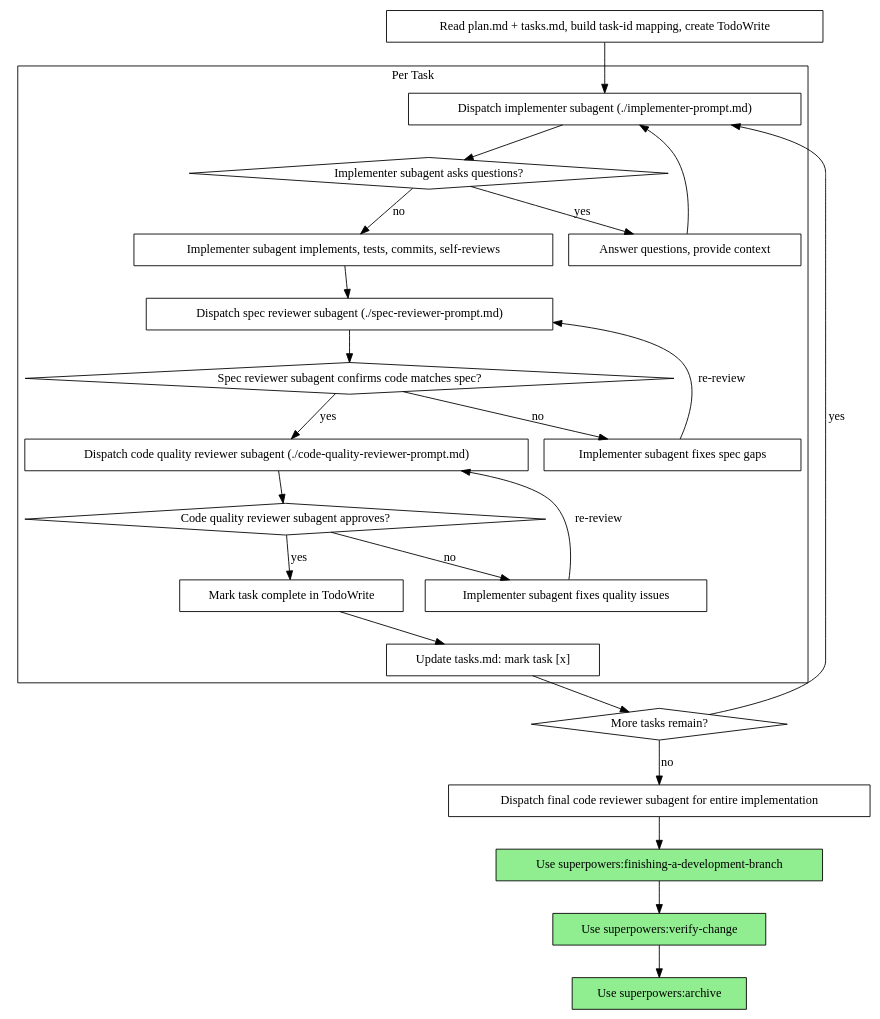
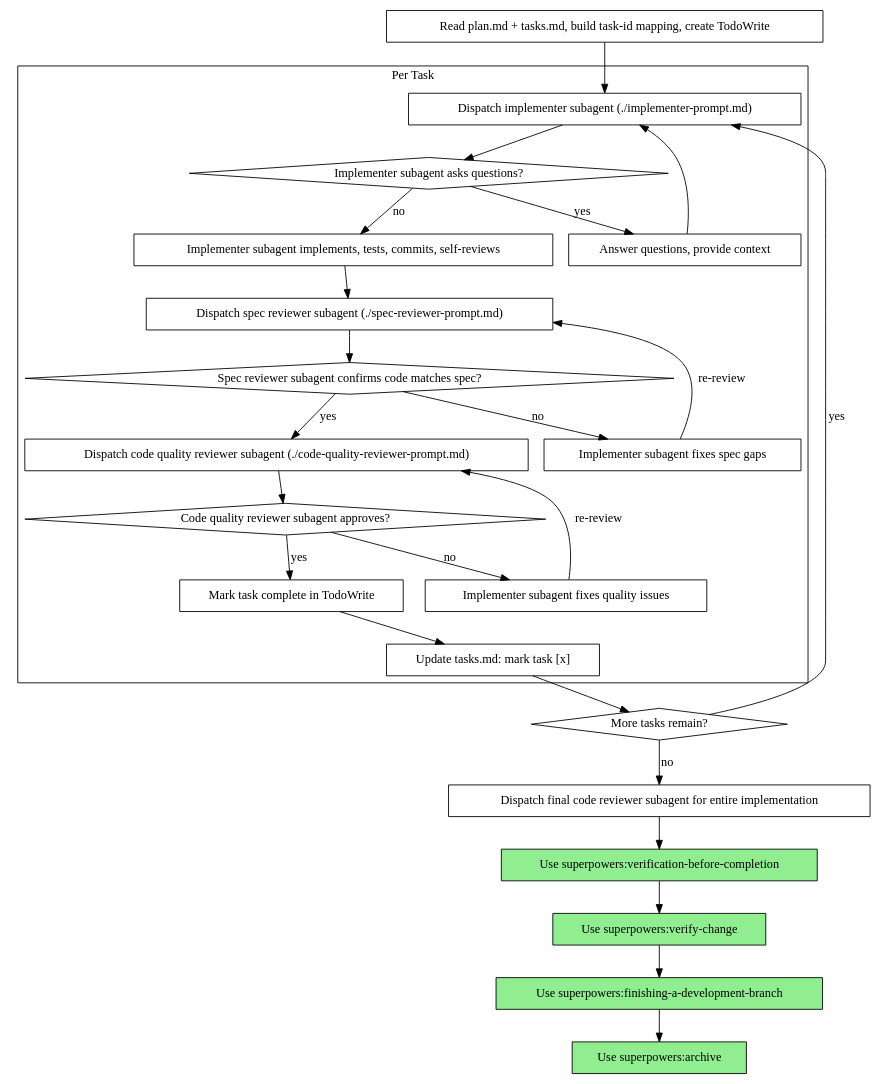
One commit to jieli-cqwl/org-claude-skills changed the second of 2 diagrams in community/superpowers/skills/subagent-driven-development/SKILL.md. Above: the diagram before and after it, drawn with Graphviz. The commit also changed other lines of this file and 13 other files, not shown here.

Commit message:
fix: enforce closeout routing before branch finalization

````diff
--- a/community/superpowers/skills/subagent-driven-development/SKILL.md
+++ b/community/superpowers/skills/subagent-driven-development/SKILL.md
@@ -35,50 +35,52 @@
 ```dot
 digraph process {
     rankdir=TB;
 
     subgraph cluster_per_task {
         label="Per Task";
         "Dispatch implementer subagent (./implementer-prompt.md)" [shape=box];
         "Implementer subagent asks questions?" [shape=diamond];
         "Answer questions, provide context" [shape=box];
         "Implementer subagent implements, tests, commits, self-reviews" [shape=box];
         "Dispatch spec reviewer subagent (./spec-reviewer-prompt.md)" [shape=box];
         "Spec reviewer subagent confirms code matches spec?" [shape=diamond];
         "Implementer subagent fixes spec gaps" [shape=box];
         "Dispatch code quality reviewer subagent (./code-quality-reviewer-prompt.md)" [shape=box];
         "Code quality reviewer subagent approves?" [shape=diamond];
         "Implementer subagent fixes quality issues" [shape=box];
         "Mark task complete in TodoWrite" [shape=box];
         "Update tasks.md: mark task [x]" [shape=box];
     }
 
     "Read plan.md + tasks.md, build task-id mapping, create TodoWrite" [shape=box];
     "More tasks remain?" [shape=diamond];
     "Dispatch final code reviewer subagent for entire implementation" [shape=box];
+    "Use superpowers:verification-before-completion" [shape=box style=filled fillcolor=lightgreen];
+    "Use superpowers:verify-change" [shape=box style=filled fillcolor=lightgreen];
     "Use superpowers:finishing-a-development-branch" [shape=box style=filled fillcolor=lightgreen];
-    "Use superpowers:verify-change" [shape=box style=filled fillcolor=lightgreen];
     "Use superpowers:archive" [shape=box style=filled fillcolor=lightgreen];
 
     "Read plan.md + tasks.md, build task-id mapping, create TodoWrite" -> "Dispatch implementer subagent (./implementer-prompt.md)";
     "Dispatch implementer subagent (./implementer-prompt.md)" -> "Implementer subagent asks questions?";
     "Implementer subagent asks questions?" -> "Answer questions, provide context" [label="yes"];
     "Answer questions, provide context" -> "Dispatch implementer subagent (./implementer-prompt.md)";
     "Implementer subagent asks questions?" -> "Implementer subagent implements, tests, commits, self-reviews" [label="no"];
     "Implementer subagent implements, tests, commits, self-reviews" -> "Dispatch spec reviewer subagent (./spec-reviewer-prompt.md)";
     "Dispatch spec reviewer subagent (./spec-reviewer-prompt.md)" -> "Spec reviewer subagent confirms code matches spec?";
     "Spec reviewer subagent confirms code matches spec?" -> "Implementer subagent fixes spec gaps" [label="no"];
     "Implementer subagent fixes spec gaps" -> "Dispatch spec reviewer subagent (./spec-reviewer-prompt.md)" [label="re-review"];
     "Spec reviewer subagent confirms code matches spec?" -> "Dispatch code quality reviewer subagent (./code-quality-reviewer-prompt.md)" [label="yes"];
     "Dispatch code quality reviewer subagent (./code-quality-reviewer-prompt.md)" -> "Code quality reviewer subagent approves?";
     "Code quality reviewer subagent approves?" -> "Implementer subagent fixes quality issues" [label="no"];
     "Implementer subagent fixes quality issues" -> "Dispatch code quality reviewer subagent (./code-quality-reviewer-prompt.md)" [label="re-review"];
     "Code quality reviewer subagent approves?" -> "Mark task complete in TodoWrite" [label="yes"];
     "Mark task complete in TodoWrite" -> "Update tasks.md: mark task [x]";
     "Update tasks.md: mark task [x]" -> "More tasks remain?";
     "More tasks remain?" -> "Dispatch implementer subagent (./implementer-prompt.md)" [label="yes"];
     "More tasks remain?" -> "Dispatch final code reviewer subagent for entire implementation" [label="no"];
-    "Dispatch final code reviewer subagent for entire implementation" -> "Use superpowers:finishing-a-development-branch";
-    "Use superpowers:finishing-a-development-branch" -> "Use superpowers:verify-change";
-    "Use superpowers:verify-change" -> "Use superpowers:archive";
+    "Dispatch final code reviewer subagent for entire implementation" -> "Use superpowers:verification-before-completion";
+    "Use superpowers:verification-before-completion" -> "Use superpowers:verify-change";
+    "Use superpowers:verify-change" -> "Use superpowers:finishing-a-development-branch";
+    "Use superpowers:finishing-a-development-branch" -> "Use superpowers:archive";
 }
 ```
````
